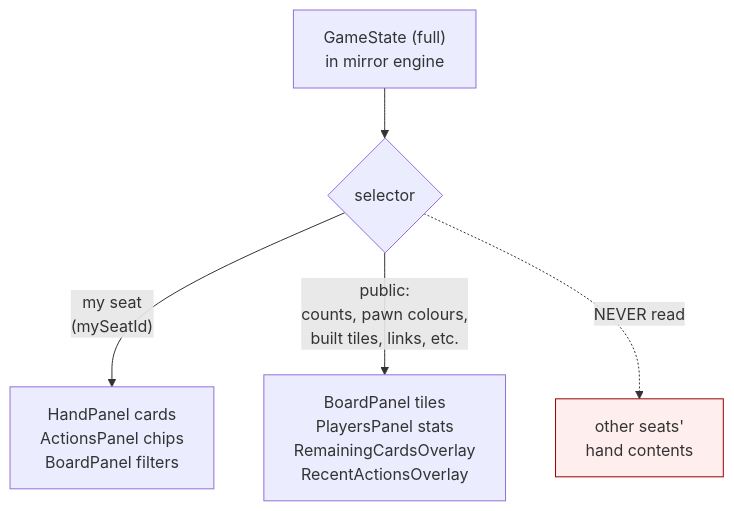
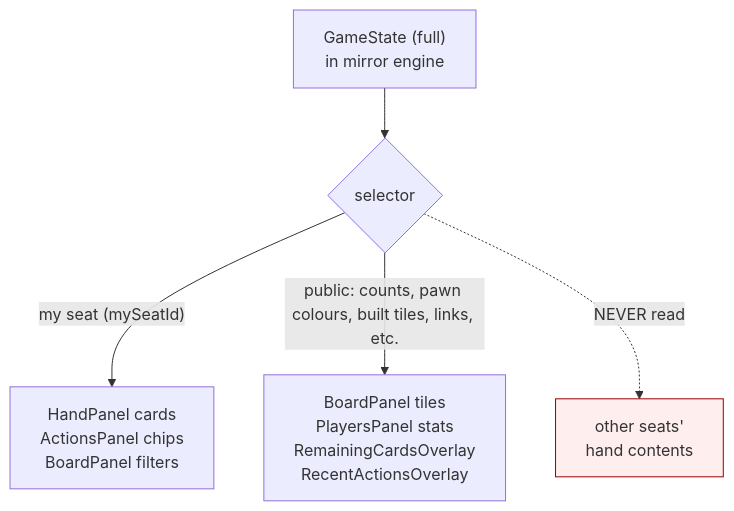
The eighth of 10 diagrams in docs/architecture.md (goinmypocket/coke-and-iron), drawn with Mermaid before and after one commit. The commit also changed other lines of this file and 3 other files, not shown here.

````diff
--- a/docs/architecture.md
+++ b/docs/architecture.md
@@ -352,19 +331,9 @@
 ```mermaid
 flowchart TB
-  state["GameState (full)
-  in mirror engine"] --> sel{"selector"}
-  sel -->|"my seat
-  (mySeatId)"| myhand["HandPanel cards
-  ActionsPanel chips
-  BoardPanel filters"]
-  sel -->|"public:
-  counts, pawn colours,
-  built tiles, links, etc."| public["BoardPanel tiles
-  PlayersPanel stats
-  RemainingCardsOverlay
-  RecentActionsOverlay"]
-  sel -.->|"NEVER read"| other["other seats'
-  hand contents"]
+  state["GameState (full)<br/>in mirror engine"] --> sel{"selector"}
+  sel -->|"my seat (mySeatId)"| myhand["HandPanel cards<br/>ActionsPanel chips<br/>BoardPanel filters"]
+  sel -->|"public: counts, pawn colours, built tiles, links, etc."| public["BoardPanel tiles<br/>PlayersPanel stats<br/>RemainingCardsOverlay<br/>RecentActionsOverlay"]
+  sel -.->|"NEVER read"| other["other seats'<br/>hand contents"]
   classDef bad fill:#fee,stroke:#900;
   class other bad;
 ```
````
